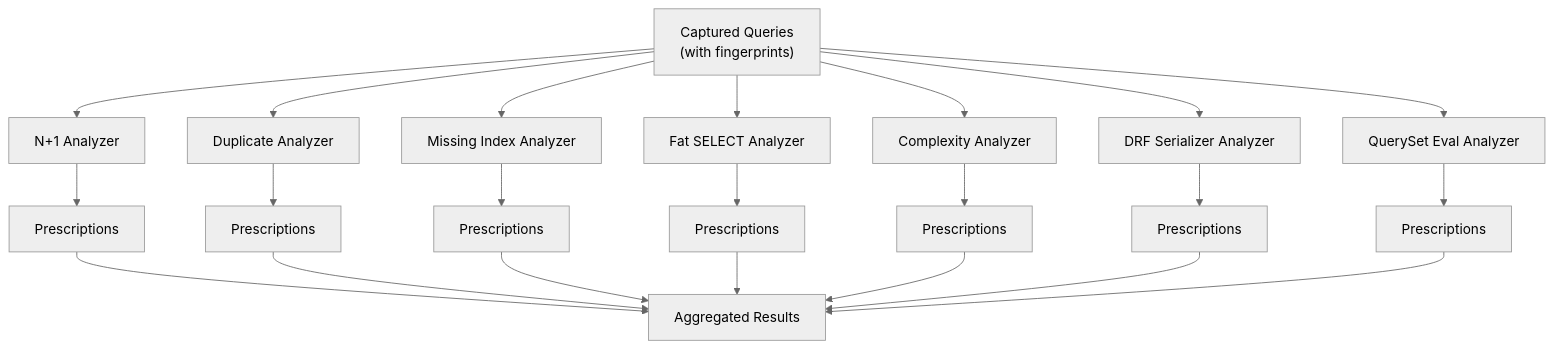
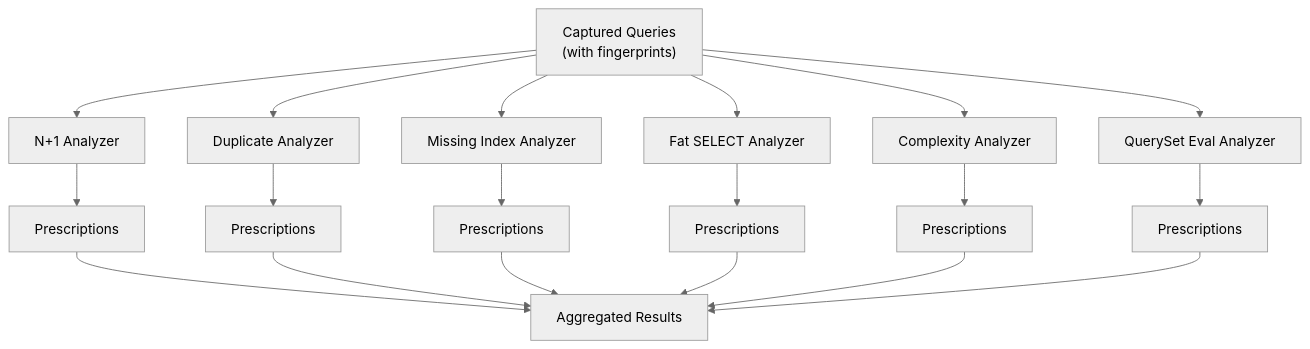
The third of 3 diagrams in docs/deep-dive/architecture.md (hassanzaibhay/django-query-doctor), drawn with Mermaid (neutral theme) before and after one commit. The commit also changed other lines of this file and 44 other files, not shown here.

First line of the commit message:
v2.1.0 — correctness release: analyzer self-gates, discovery wiring, DRF cleanup (#6)

````diff
--- a/docs/deep-dive/architecture.md
+++ b/docs/deep-dive/architecture.md
@@ -184,27 +184,24 @@
 ```mermaid
 flowchart TD
     QList["Captured Queries\n(with fingerprints)"]
     QList --> NP["N+1 Analyzer"]
     QList --> DUP["Duplicate Analyzer"]
     QList --> MI["Missing Index Analyzer"]
     QList --> FS["Fat SELECT Analyzer"]
     QList --> CX["Complexity Analyzer"]
-    QList --> DRF["DRF Serializer Analyzer"]
     QList --> QE["QuerySet Eval Analyzer"]
 
     NP --> P1["Prescriptions"]
     DUP --> P2["Prescriptions"]
     MI --> P3["Prescriptions"]
     FS --> P4["Prescriptions"]
     CX --> P5["Prescriptions"]
-    DRF --> P6["Prescriptions"]
     QE --> P7["Prescriptions"]
 
     P1 --> AGG["Aggregated Results"]
     P2 --> AGG
     P3 --> AGG
     P4 --> AGG
     P5 --> AGG
-    P6 --> AGG
     P7 --> AGG
 ```
````
